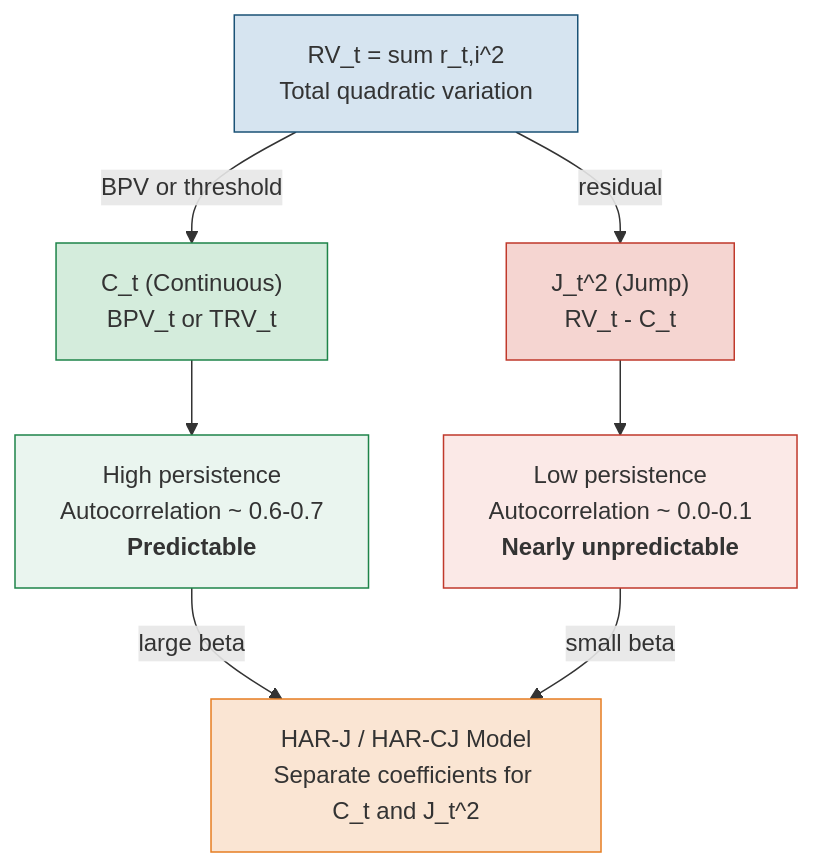
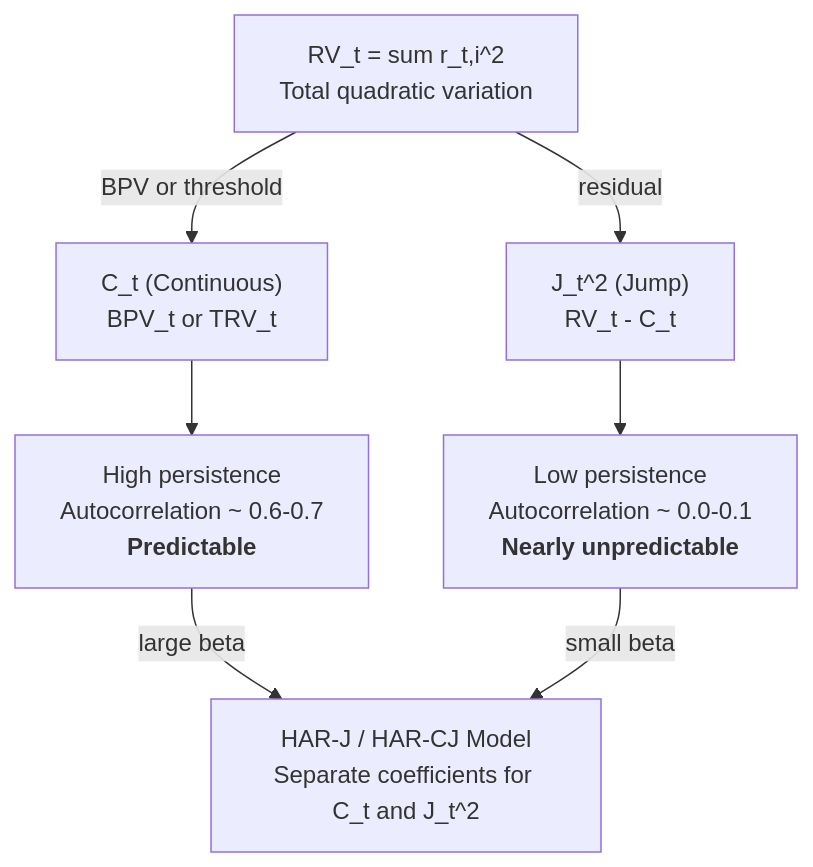
One commit to xRyann2255/ML-GS changed the diagram in vol-learning-guide/markdown/ch04-jumps-continuous-variation.md. Above: the diagram before and after it, drawn with Mermaid. The commit also changed other lines of this file and 19 other files, not shown here.

````diff
--- a/vol-learning-guide/markdown/ch04-jumps-continuous-variation.md
+++ b/vol-learning-guide/markdown/ch04-jumps-continuous-variation.md
@@ -391,23 +361,16 @@
 ```mermaid
 flowchart TD
-    RV["RV_t = sum r_t,i^2<br/>Total quadratic variation"]
-    CV["C_t (Continuous)<br/>BPV_t or TRV_t"]
-    JV["J_t^2 (Jump)<br/>RV_t - C_t"]
-    CPROP["High persistence<br/>Autocorrelation ~ 0.6-0.7<br/><b>Predictable</b>"]
-    JPROP["Low persistence<br/>Autocorrelation ~ 0.0-0.1<br/><b>Nearly unpredictable</b>"]
-    HAR["HAR-J / HAR-CJ Model<br/>Separate coefficients for C_t and J_t^2"]
+    rv["RV_t = sum r_t,i^2<br/>Total quadratic variation"]
+    cv["C_t (Continuous)<br/>BPV_t or TRV_t"]
+    jv["J_t^2 (Jump)<br/>RV_t - C_t"]
+    cprop["High persistence<br/>Autocorrelation ~ 0.6-0.7<br/><b>Predictable</b>"]
+    jprop["Low persistence<br/>Autocorrelation ~ 0.0-0.1<br/><b>Nearly unpredictable</b>"]
+    har["HAR-J / HAR-CJ Model<br/>Separate coefficients for C_t and J_t^2"]
 
-    RV -->|"BPV or threshold"| CV
-    RV -->|"residual"| JV
-    CV --> CPROP
-    JV --> JPROP
-    CPROP -->|"large beta"| HAR
-    JPROP -->|"small beta"| HAR
-
-    style RV fill:#d6e4f0,stroke:#1a5276
-    style CV fill:#d4ecdc,stroke:#1e8449
-    style JV fill:#f5d5d1,stroke:#c0392b
-    style CPROP fill:#eaf5ef,stroke:#1e8449
-    style JPROP fill:#fbe9e7,stroke:#c0392b
-    style HAR fill:#fae5d3,stroke:#e67e22
+    rv -->|"BPV or threshold"| cv
+    rv -->|"residual"| jv
+    cv --> cprop
+    jv --> jprop
+    cprop -->|"large beta"| har
+    jprop -->|"small beta"| har
 ```
````
